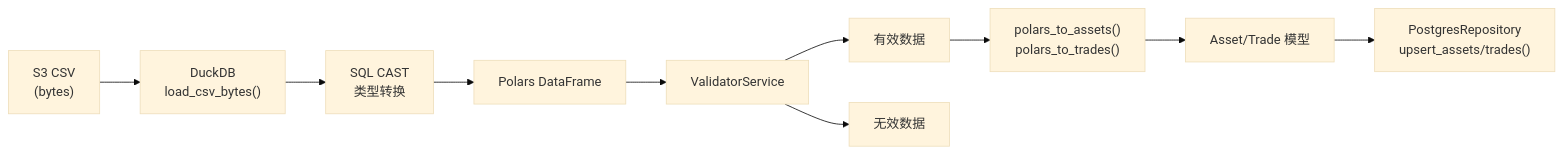
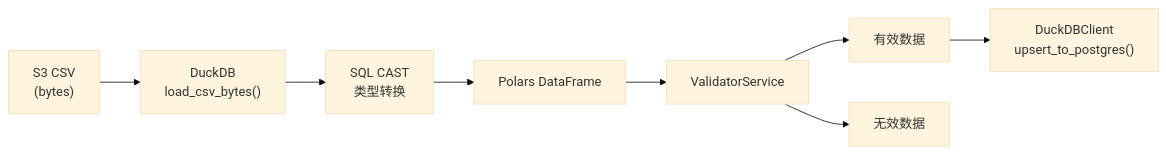
The eighth of 8 diagrams in doc/architecture.md (zhj0513/small_etl), drawn with Mermaid (base theme) before and after one commit. The commit also changed other lines of this file and 10 other files, not shown here.

````diff
--- a/doc/architecture.md
+++ b/doc/architecture.md
@@ -1064,12 +1064,10 @@
 ```mermaid
 flowchart LR
     CSV["S3 CSV<br/>(bytes)"] --> DuckDB["DuckDB<br/>load_csv_bytes()"]
     DuckDB --> SQL["SQL CAST<br/>类型转换"]
     SQL --> Polars["Polars DataFrame"]
     Polars --> Validate["ValidatorService"]
     Validate --> Valid["有效数据"]
     Validate --> Invalid["无效数据"]
-    Valid --> Convert["polars_to_assets()<br/>polars_to_trades()"]
-    Convert --> Models["Asset/Trade 模型"]
-    Models --> UPSERT["PostgresRepository<br/>upsert_assets/trades()"]
+    Valid --> UPSERT["DuckDBClient<br/>upsert_to_postgres()"]
 ```
````
